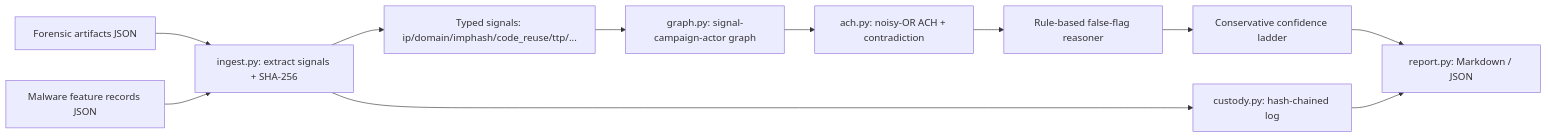
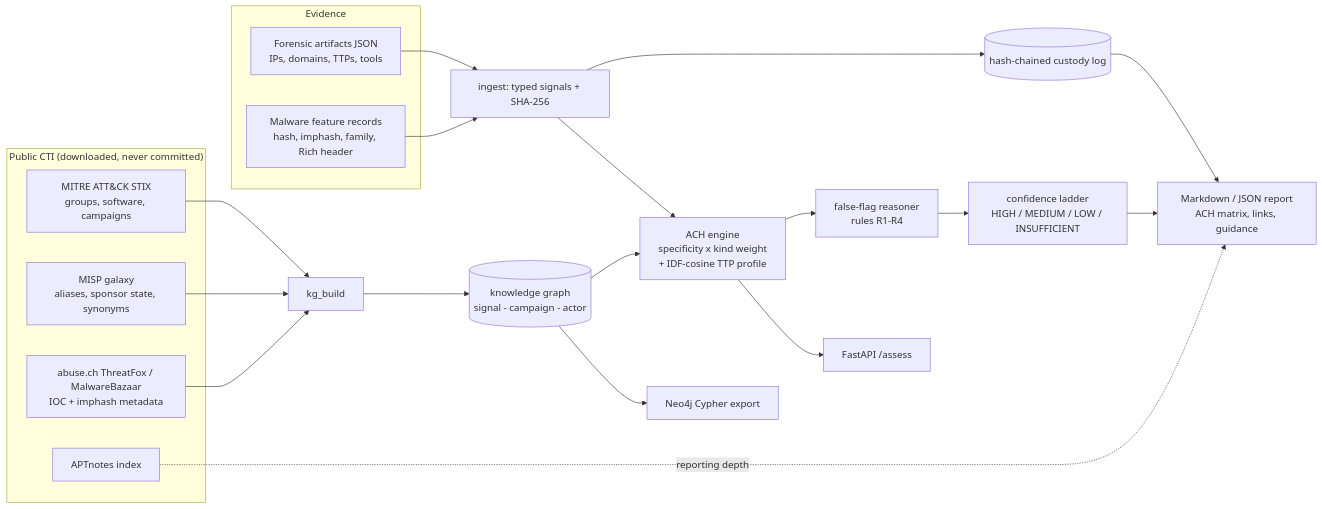
Before and after one commit to rakshit-737/dragnet: the diagram in README.md, drawn with Mermaid. The commit also changed other lines of this file, not shown here.

````diff
--- a/README.md
+++ b/README.md
@@ -17,13 +27,29 @@
 ```mermaid
 flowchart LR
-  F[Forensic artifacts JSON] --> ING[ingest.py: extract signals + SHA-256]
-  M[Malware feature records JSON] --> ING
-  ING --> CUS[custody.py: hash-chained log]
-  ING --> SIG[Typed signals: ip/domain/imphash/code_reuse/ttp/...]
-  SIG --> KG[graph.py: signal-campaign-actor graph]
-  KG --> ACH[ach.py: noisy-OR ACH + contradiction]
-  ACH --> FF[Rule-based false-flag reasoner]
-  FF --> GR[Conservative confidence ladder]
-  GR --> REP[report.py: Markdown / JSON]
+  subgraph Evidence
+    F[Forensic artifacts JSON<br/>IPs, domains, TTPs, tools]
+    M[Malware feature records<br/>hash, imphash, family, Rich header]
+  end
+  subgraph "Public CTI (downloaded, never committed)"
+    ATT[MITRE ATT&CK STIX<br/>groups, software, campaigns]
+    MISP[MISP galaxy<br/>aliases, sponsor state, synonyms]
+    AB[abuse.ch ThreatFox / MalwareBazaar<br/>IOC + imphash metadata]
+    APN[APTnotes index]
+  end
+  F --> ING[ingest: typed signals + SHA-256]
+  M --> ING
+  ING --> CUS[(hash-chained custody log)]
+  ATT --> KGB[kg_build]
+  MISP --> KGB
+  AB --> KGB
+  KGB --> KG[(knowledge graph<br/>signal - campaign - actor)]
+  ING --> ACH
+  KG --> ACH[ACH engine<br/>specificity x kind weight<br/>+ IDF-cosine TTP profile]
+  ACH --> FF[false-flag reasoner<br/>rules R1-R4]
+  FF --> GR[confidence ladder<br/>HIGH / MEDIUM / LOW / INSUFFICIENT]
+  GR --> REP[Markdown / JSON report<br/>ACH matrix, links, guidance]
   CUS --> REP
+  APN -.reporting depth.-> REP
+  KG --> NEO[Neo4j Cypher export]
+  ACH --> API[FastAPI /assess]
 ```
````
